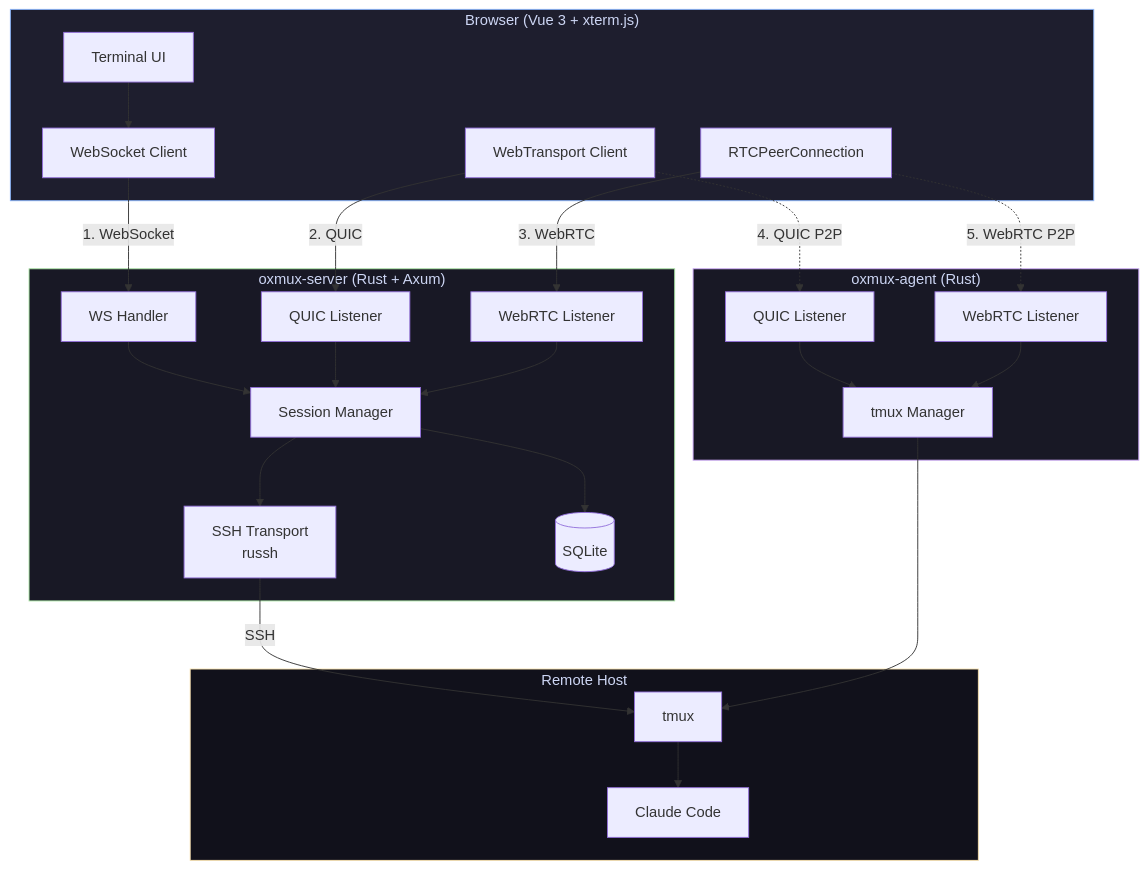
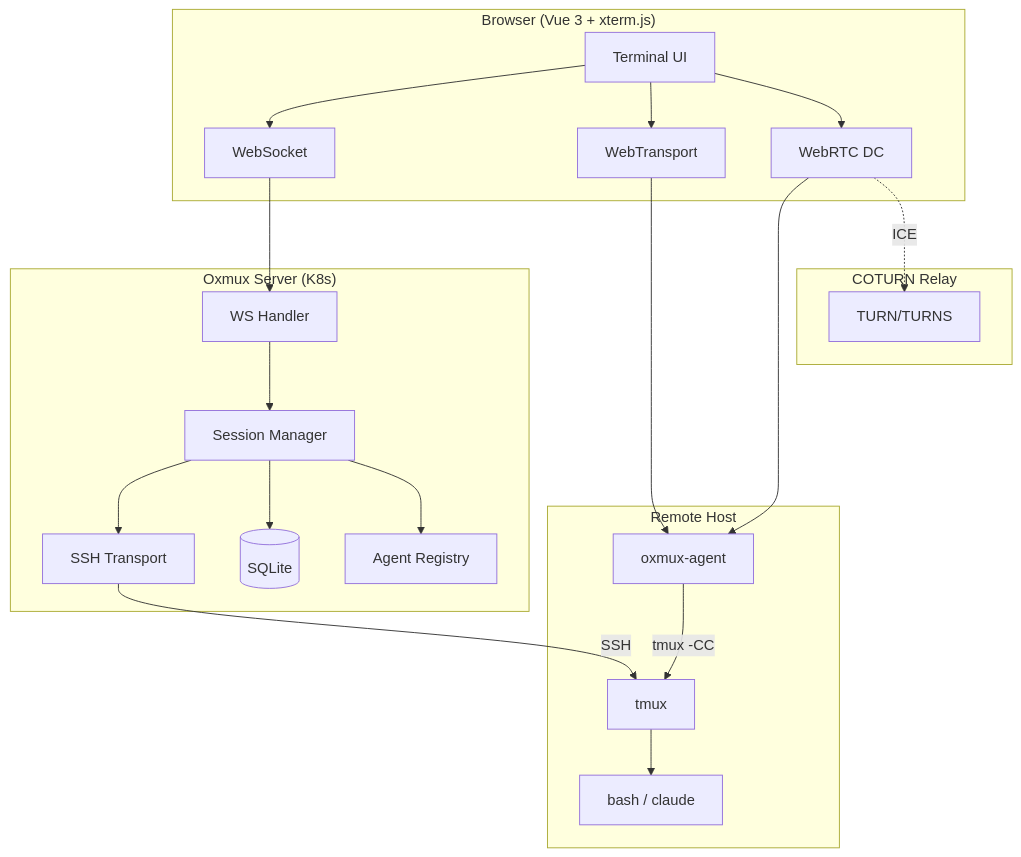
One commit to gjovanov/oxmux changed the first of 8 diagrams in docs/architecture.md. Above: the diagram before and after it, drawn with Mermaid. The commit also changed other lines of this file and 7 other files, not shown here.

First line of the commit message:
feat: session cleanup, encoding fix, DC backpressure, docs with Mermaid

````diff
--- a/docs/architecture.md
+++ b/docs/architecture.md
@@ -7,61 +7,40 @@
 ```mermaid
 graph TB
     subgraph Browser["Browser (Vue 3 + xterm.js)"]
         UI[Terminal UI]
-        WS_C[WebSocket Client]
-        QUIC_C[WebTransport Client]
-        WEBRTC_C[RTCPeerConnection]
+        WS_C[WebSocket]
+        QUIC_C[WebTransport]
+        WebRTC_C[WebRTC DC]
     end
 
-    subgraph Server["oxmux-server (Rust + Axum)"]
-        WS_S[WS Handler]
-        QUIC_S[QUIC Listener]
-        WEBRTC_S[WebRTC Listener]
+    subgraph Server["Oxmux Server (K8s)"]
+        WS_H[WS Handler]
         SM[Session Manager]
-        SSH[SSH Transport<br/>russh]
+        SSH_T[SSH Transport]
         DB[(SQLite)]
-    end
-
-    subgraph Agent["oxmux-agent (Rust)"]
-        QUIC_A[QUIC Listener]
-        WEBRTC_A[WebRTC Listener]
-        PTY_A[tmux Manager]
+        AR[Agent Registry]
     end
 
     subgraph Host["Remote Host"]
+        Agent[oxmux-agent]
         TMUX[tmux]
-        CLAUDE[Claude Code]
+        Shell[bash / claude]
     end
 
-    %% Transport 1: WS → SSH
-    UI --> WS_C
-    WS_C -->|"1. WebSocket"| WS_S
-    WS_S --> SM
-    SM --> SSH
-    SSH -->|SSH| TMUX
+    subgraph COTURN["COTURN Relay"]
+        TURN[TURN/TURNS]
+    end
 
-    %% Transport 2: QUIC → SSH
-    QUIC_C -->|"2. QUIC"| QUIC_S
-    QUIC_S --> SM
+    UI --> WS_C --> WS_H
+    UI --> QUIC_C --> Agent
+    UI --> WebRTC_C --> Agent
 
-    %% Transport 3: WebRTC → SSH
-    WEBRTC_C -->|"3. WebRTC"| WEBRTC_S
-    WEBRTC_S --> SM
+    WS_H --> SM --> SSH_T -->|SSH| TMUX
+    SM --> DB
+    SM --> AR
 
-    %% Transport 4: QUIC → Agent P2P
-    QUIC_C -.->|"4. QUIC P2P"| QUIC_A
-    QUIC_A --> PTY_A
-    PTY_A --> TMUX
+    Agent -->|tmux -CC| TMUX
+    TMUX --> Shell
 
-    %% Transport 5: WebRTC → Agent P2P
-    WEBRTC_C -.->|"5. WebRTC P2P"| WEBRTC_A
-    WEBRTC_A --> PTY_A
-
-    SM --> DB
-    TMUX --> CLAUDE
-
-    style Browser fill:#1e1e2e,color:#cdd6f4,stroke:#89b4fa
-    style Server fill:#181825,color:#cdd6f4,stroke:#a6e3a1
-    style Agent fill:#181825,color:#cdd6f4,stroke:#cba6f7
-    style Host fill:#11111b,color:#cdd6f4,stroke:#f9e2af
+    WebRTC_C -.->|ICE| TURN
 ```
````
